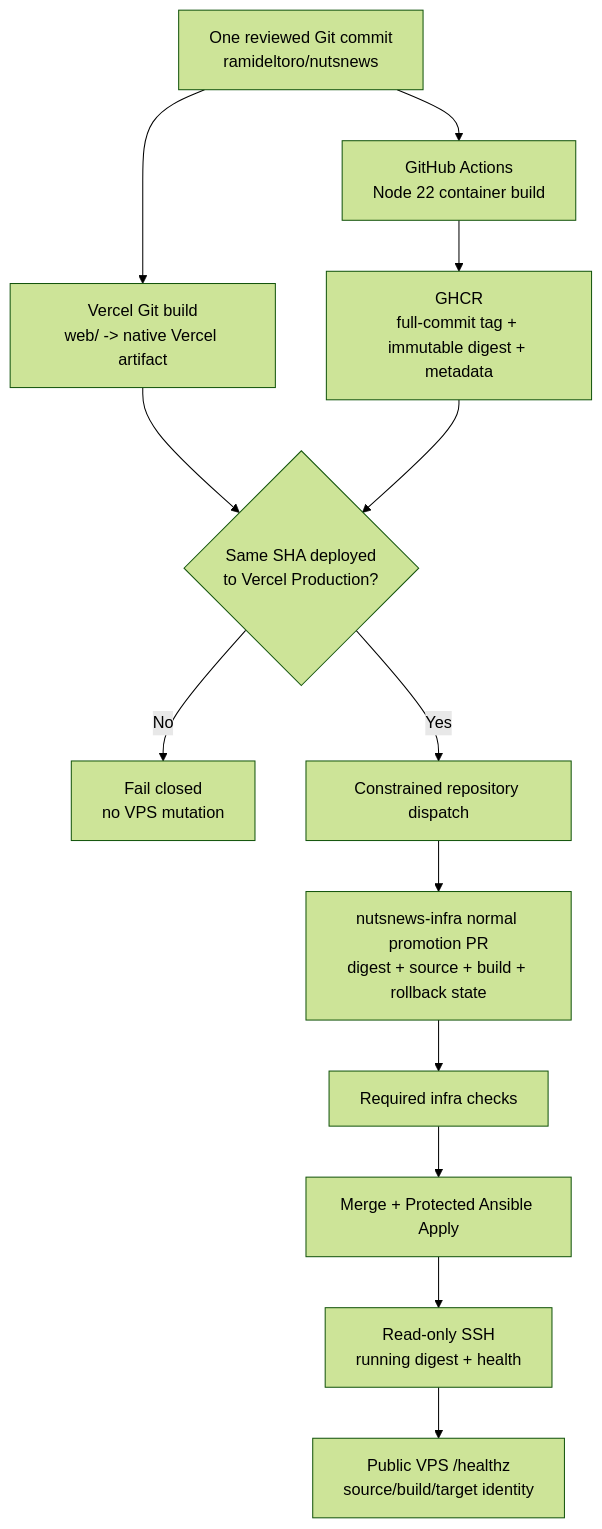
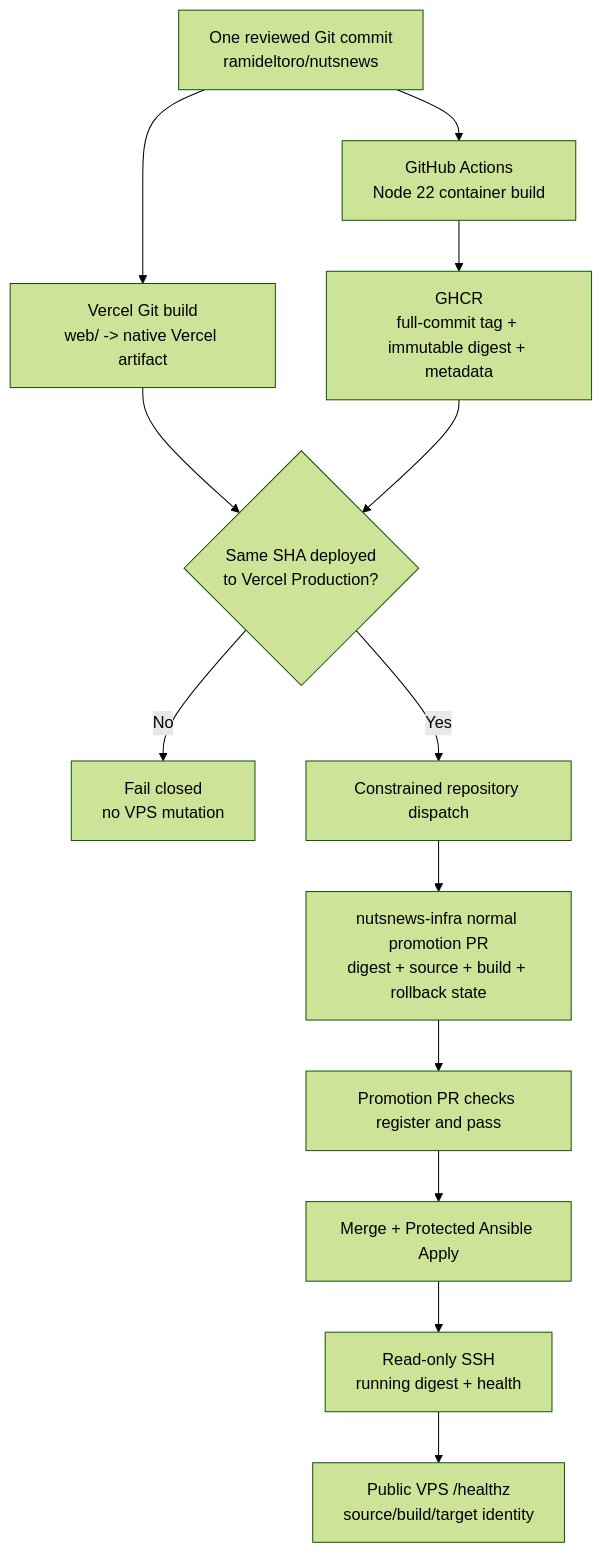
One commit to ramideltoro/nutsnews-docs changed the diagram in NUTSNEWS_DUAL_TARGET_WEB_DEPLOYMENT.md. Above: the diagram before and after it, drawn with Mermaid (forest theme). The commit also changed other lines of this file, not shown here.

Commit message:
docs: clarify automated VPS promotion checks

````diff
--- a/NUTSNEWS_DUAL_TARGET_WEB_DEPLOYMENT.md
+++ b/NUTSNEWS_DUAL_TARGET_WEB_DEPLOYMENT.md
@@ -98,16 +98,16 @@
 ```mermaid
 flowchart TD
   commit["One reviewed Git commit\nramideltoro/nutsnews"]
   commit --> vercel["Vercel Git build\nweb/ -> native Vercel artifact"]
   commit --> actions["GitHub Actions\nNode 22 container build"]
   actions --> ghcr["GHCR\nfull-commit tag + immutable digest + metadata"]
   vercel --> gate{"Same SHA deployed\nto Vercel Production?"}
   ghcr --> gate
   gate -- No --> stop["Fail closed\nno VPS mutation"]
   gate -- Yes --> dispatch["Constrained repository dispatch"]
   dispatch --> promotion["nutsnews-infra normal promotion PR\ndigest + source + build + rollback state"]
-  promotion --> checks["Required infra checks"]
+  promotion --> checks["Promotion PR checks register and pass"]
   checks --> apply["Merge + Protected Ansible Apply"]
   apply --> ssh["Read-only SSH\nrunning digest + health"]
   ssh --> vps["Public VPS /healthz\nsource/build/target identity"]
 ```
````
